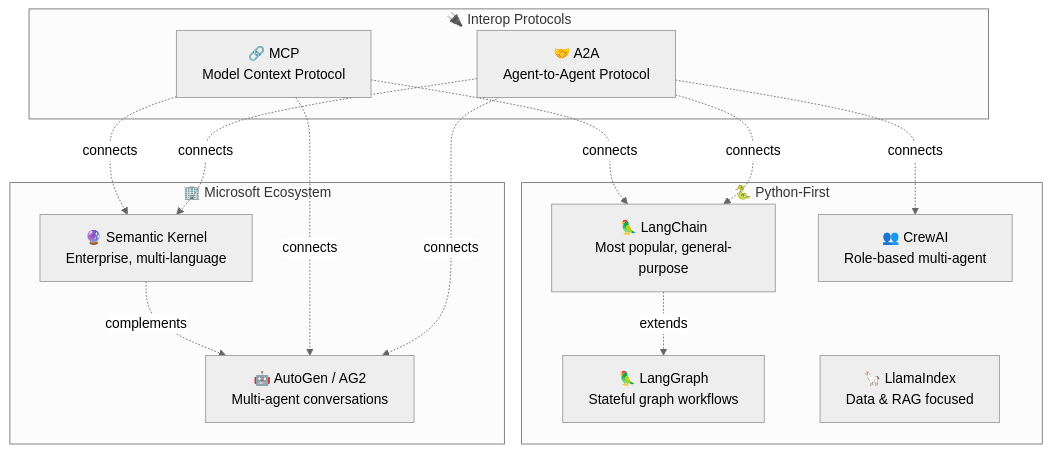
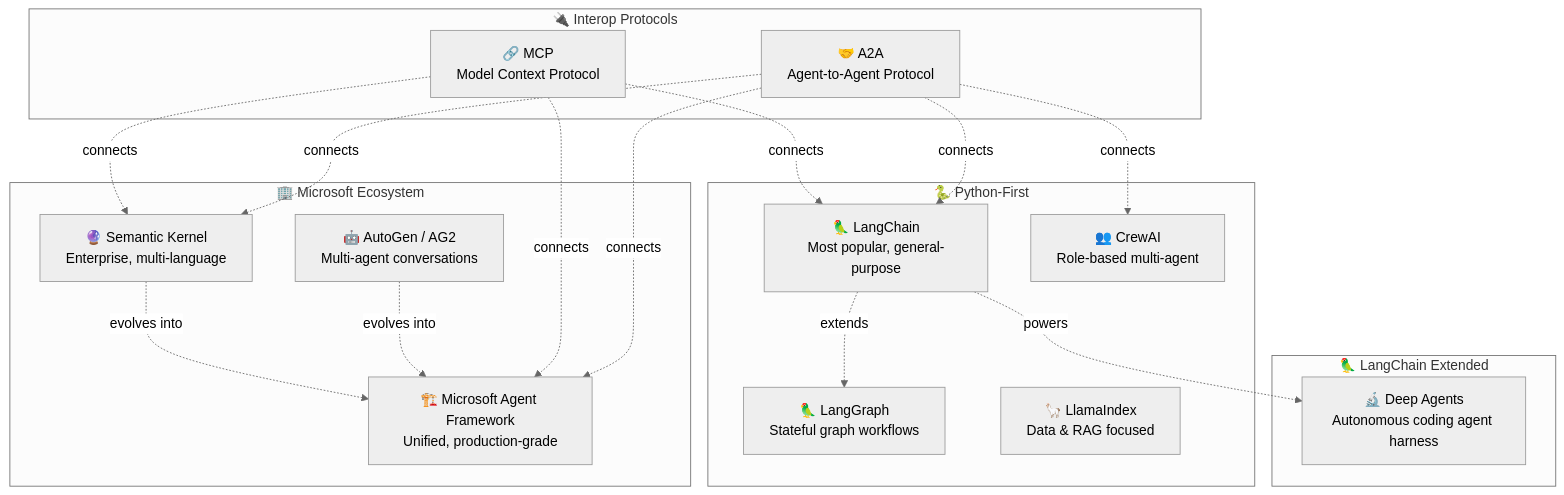
Before and after one commit to roie9876/AI-Agent-Platform: the third of 19 diagrams in education/en/16-agent-frameworks.md, drawn with Mermaid (neutral theme). The commit also changed other lines of this file and 1 other file, not shown here.

First line of the commit message:
feat: add Microsoft Agent Framework and Deep Agents to chapter 16

````diff
--- a/education/en/16-agent-frameworks.md
+++ b/education/en/16-agent-frameworks.md
@@ -63,24 +63,31 @@
 ```mermaid
 graph TB
     subgraph "🐍 Python-First"
         LC["🦜 LangChain<br/>Most popular, general-purpose"]
         LG["🦜 LangGraph<br/>Stateful graph workflows"]
         CI["👥 CrewAI<br/>Role-based multi-agent"]
         LI["🦙 LlamaIndex<br/>Data & RAG focused"]
     end
     
     subgraph "🏢 Microsoft Ecosystem"
+        MAF["🏗️ Microsoft Agent Framework<br/>Unified, production-grade"]
         SK["🔮 Semantic Kernel<br/>Enterprise, multi-language"]
         AG["🤖 AutoGen / AG2<br/>Multi-agent conversations"]
+    end
+    
+    subgraph "🦜 LangChain Extended"
+        DA["🔬 Deep Agents<br/>Autonomous coding agent harness"]
     end
     
     subgraph "🔌 Interop Protocols"
         MCP["🔗 MCP<br/>Model Context Protocol"]
         A2A["🤝 A2A<br/>Agent-to-Agent Protocol"]
     end
     
     LC -.->|"extends"| LG
-    SK -.->|"complements"| AG
-    MCP -.->|"connects"| LC & SK & AG
-    A2A -.->|"connects"| LC & SK & AG & CI
+    LC -.->|"powers"| DA
+    SK -.->|"evolves into"| MAF
+    AG -.->|"evolves into"| MAF
+    MCP -.->|"connects"| LC & SK & MAF
+    A2A -.->|"connects"| LC & SK & MAF & CI
 ```
````
